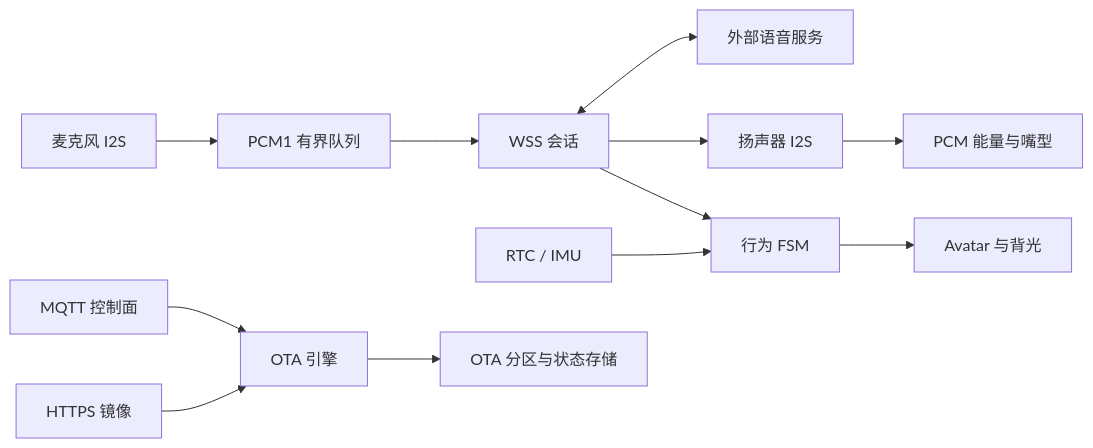
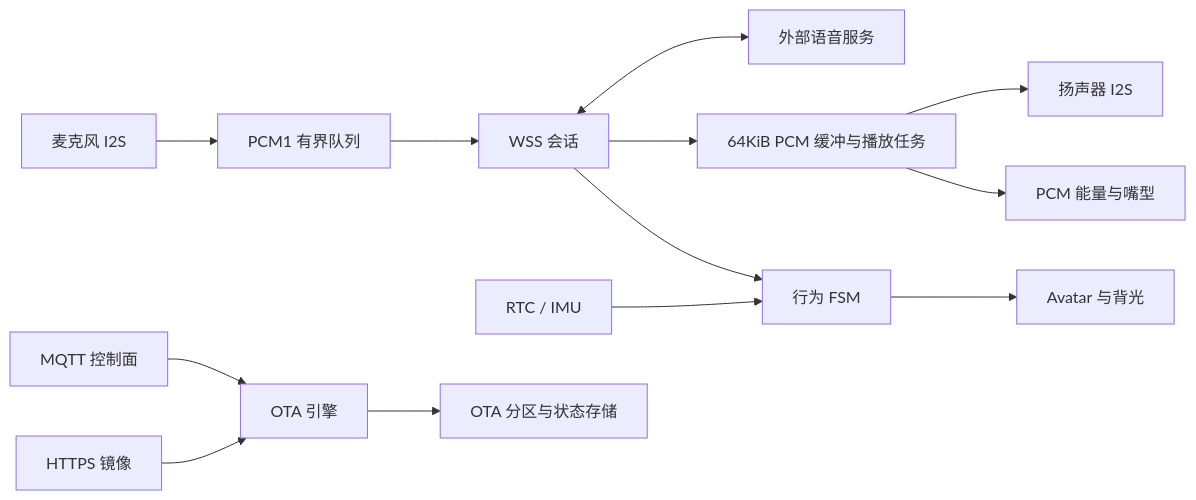
Before and after one commit to szzzzy/julia_ai_terminal_sample_version: the diagram in README.md, drawn with Mermaid. The commit also changed other lines of this file and 7 other files, not shown here.

````diff
--- a/README.md
+++ b/README.md
@@ -58,14 +101,15 @@
 ```mermaid
 flowchart LR
     MIC[麦克风 I2S] --> PCM[PCM1 有界队列]
     PCM --> WSS[WSS 会话]
     WSS <--> SERVER[外部语音服务]
-    WSS --> SPK[扬声器 I2S]
+    WSS --> PLAY[64KiB PCM 缓冲与播放任务]
+    PLAY --> SPK[扬声器 I2S]
     WSS --> FSM[行为 FSM]
-    SPK --> MOUTH[PCM 能量与嘴型]
+    PLAY --> MOUTH[PCM 能量与嘴型]
     FSM --> UI[Avatar 与背光]
     RTC[RTC / IMU] --> FSM
     MQTT[MQTT 控制面] --> OTA[OTA 引擎]
     HTTPS[HTTPS 镜像] --> OTA
     OTA --> FLASH[OTA 分区与状态存储]
 ```
````
